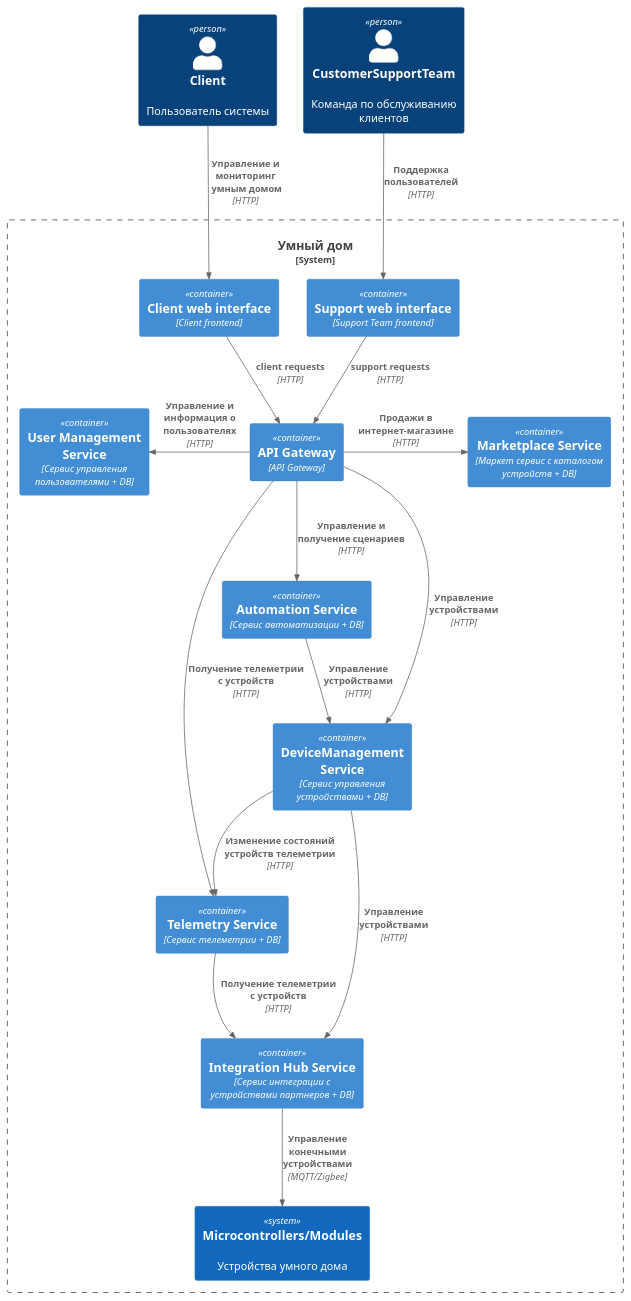
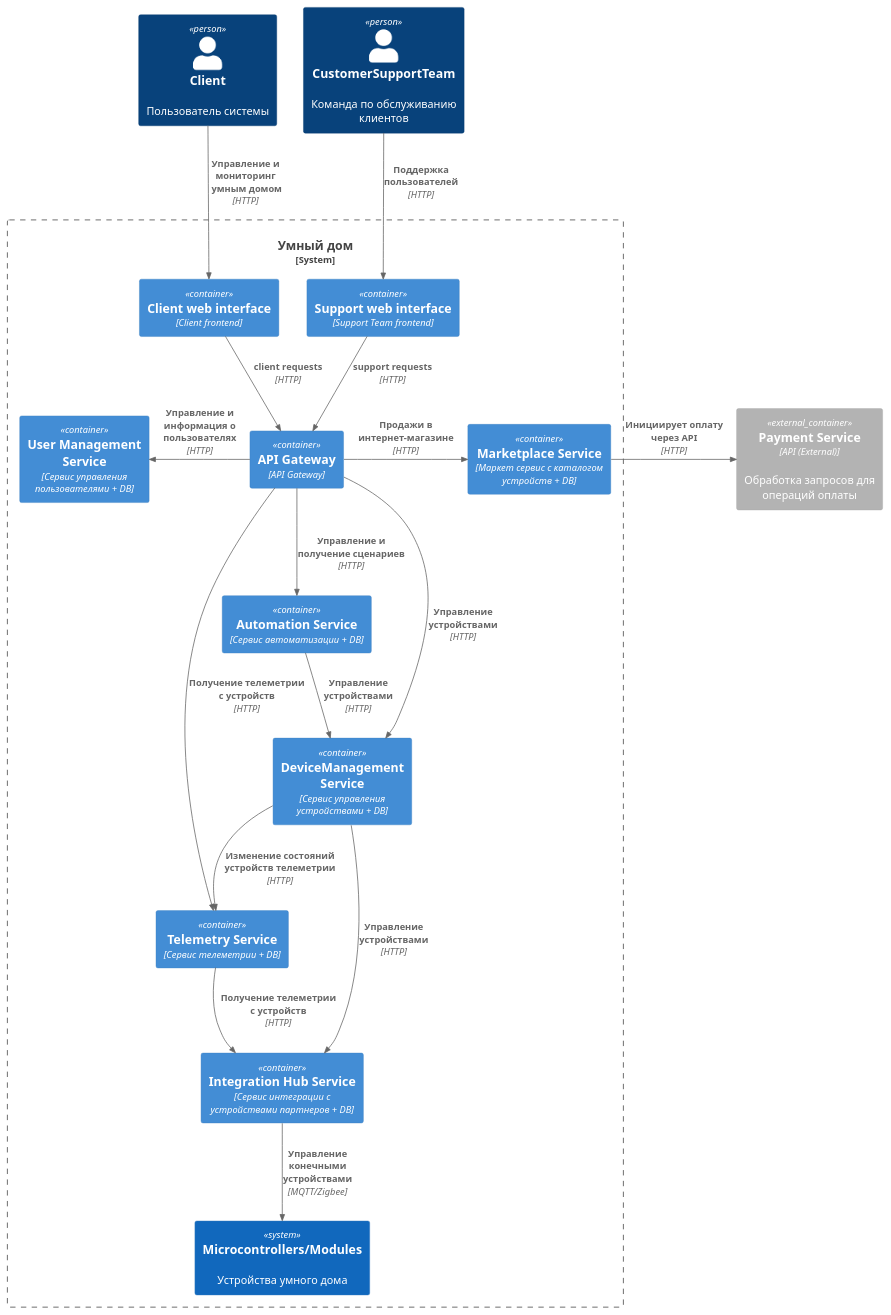
One commit to ayakhont/architecture-warmhouse changed the diagram in docs/containers_C4.puml. Above: the diagram before and after it, drawn with PlantUML. The commit also changed 4 other files, not shown here.

```diff
--- a/docs/containers_C4.puml
+++ b/docs/containers_C4.puml
@@ -1,38 +1,40 @@
 @startuml
 
 !include <C4/C4_Container>
 
 Person(client, "Client", "Пользователь системы")
 Person(customerSupportTeam, "CustomerSupportTeam", "Команда по обслуживанию клиентов")
 System_Boundary(platform, "Умный дом") {
     Container(clientFrontend, "Client web interface", "Client frontend")
     Container(supportFrontend, "Support web interface", "Support Team frontend")
     Container(apiGateway, "API Gateway", "API Gateway")
     Container(userManagement, "User Management Service", "Сервис управления пользователями + DB")
     Container(telemetry, "Telemetry Service", "Сервис телеметрии + DB")
     Container(automation, "Automation Service", "Сервис автоматизации + DB")
     Container(deviceManagementService, "DeviceManagement Service", "Сервис управления устройствами + DB")
     Container(marketplace, "Marketplace Service", "Маркет сервис с каталогом устройств + DB")
     Container(integrationHub, "Integration Hub Service", "Сервис интеграции с устройствами партнеров + DB")
     System(microcontrollers, "Microcontrollers/Modules", "Устройства умного дома")
 }
+Container_Ext(paymentService, "Payment Service", "API (External)", "Обработка запросов для операций оплаты")
 
 Rel(client, clientFrontend, "Управление и мониторинг\n умным домом", "HTTP")
 Rel(customerSupportTeam, supportFrontend, "Поддержка пользователей", "HTTP")
 Rel(clientFrontend, apiGateway, "client requests", "HTTP")
 Rel(supportFrontend, apiGateway, "support requests", "HTTP")
 Rel(apiGateway, deviceManagementService, "Управление устройствами", "HTTP")
 Rel(apiGateway, automation, "Управление и получение сценариев", "HTTP")
 Rel(automation, deviceManagementService, "Управление устройствами", "HTTP")
 Rel_R(apiGateway, marketplace, "Продажи в интернет-магазине", "HTTP")
 Rel_L(apiGateway, userManagement, "Управление и информация о пользователях" ,"HTTP")
 Rel(deviceManagementService, integrationHub, "Управление устройствами", "HTTP")
 Rel(integrationHub, microcontrollers, "Управление конечными устройствами", "MQTT/Zigbee")
 Rel(telemetry, integrationHub, "Получение телеметрии с устройств", "HTTP")
 Rel(deviceManagementService, telemetry, "Изменение состояний устройств телеметрии", "HTTP")
 Rel(apiGateway, telemetry, "Получение телеметрии с устройств", "HTTP")
+Rel_R(marketplace, paymentService, "Инициирует оплату через API", "HTTP")
 
 
 
 
 @enduml
```
